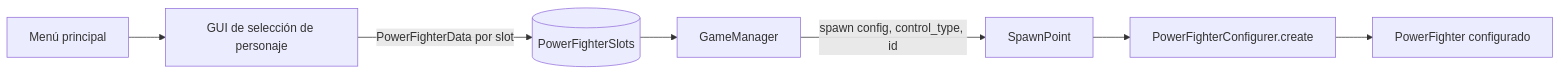
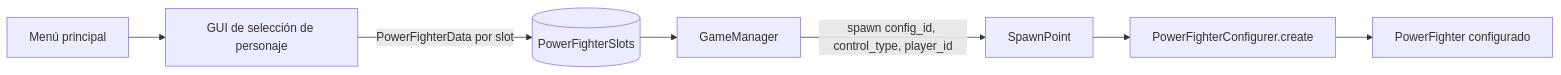
Before and after one commit to CocoMarck/SuperSmashTux: the diagram in docs/arquitectura/nota-power-fighter-configurer.md, drawn with Mermaid. The commit also changed other lines of this file and 6 other files, not shown here.

````diff
--- a/docs/arquitectura/nota-power-fighter-configurer.md
+++ b/docs/arquitectura/nota-power-fighter-configurer.md
@@ -394,9 +422,9 @@
 ```mermaid
 flowchart LR
     MM[Menú principal] --> CS[GUI de selección de personaje]
     CS -->|PowerFighterData por slot| STORE[(PowerFighterSlots)]
     STORE --> GM[GameManager]
-    GM -->|spawn config, control_type, id| SP[SpawnPoint]
+    GM -->|spawn config_id, control_type, player_id| SP[SpawnPoint]
     SP --> PFC[PowerFighterConfigurer.create]
     PFC --> PF[PowerFighter configurado]
 ```
````
